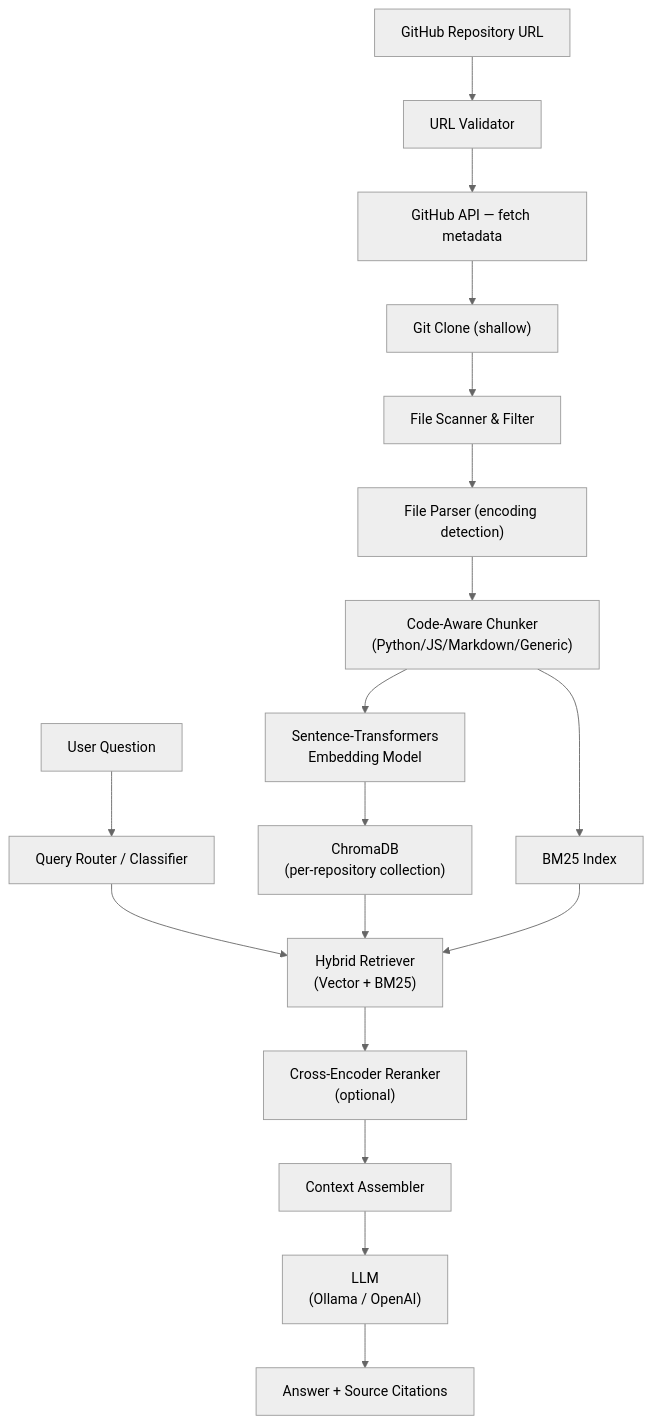
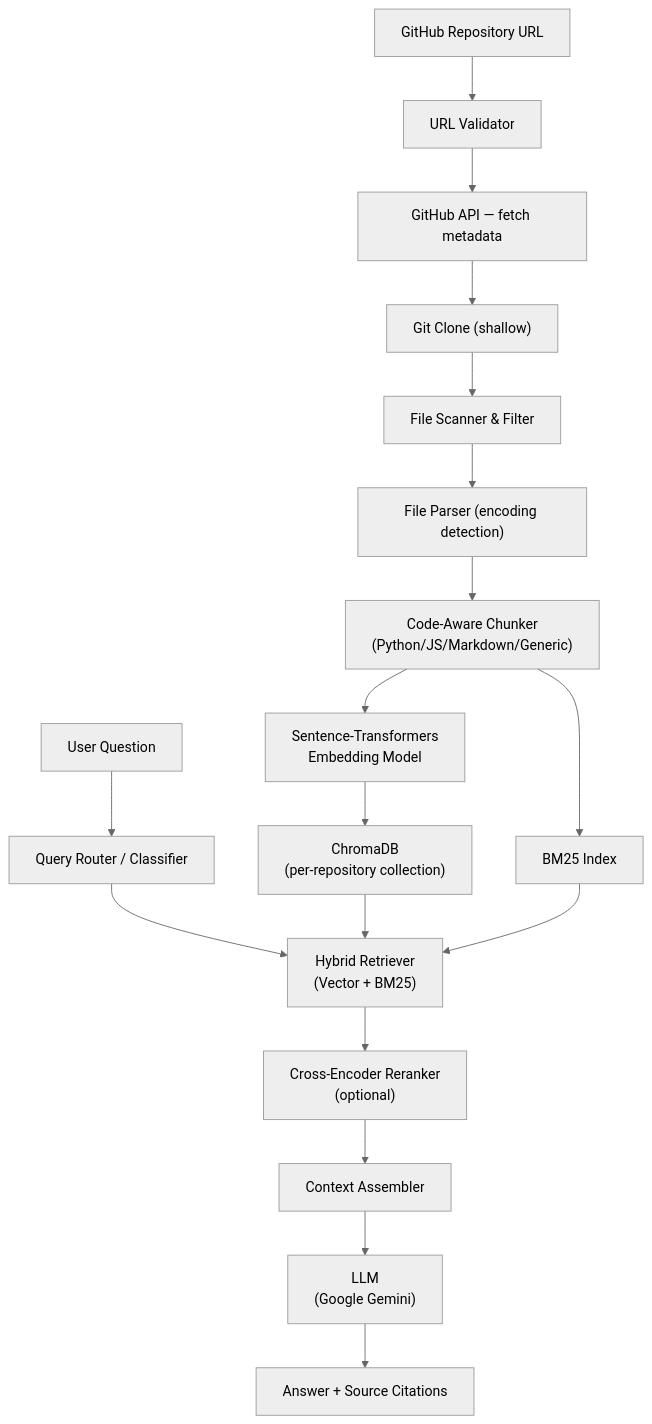
The diagram in README.md (Prabhjot2456/RepoRAG), drawn with Mermaid (neutral theme) before and after one commit. The commit also changed other lines of this file, not shown here.

Commit message:
Update README: Switch to Gemini and Chrome extension, remove Ollama and frontend docs

````diff
--- a/README.md
+++ b/README.md
@@ -12,21 +12,21 @@
 ```mermaid
 flowchart TD
     A["GitHub Repository URL"] --> B["URL Validator"]
     B --> C["GitHub API — fetch metadata"]
     C --> D["Git Clone (shallow)"]
     D --> E["File Scanner & Filter"]
     E --> F["File Parser (encoding detection)"]
     F --> G["Code-Aware Chunker\n(Python/JS/Markdown/Generic)"]
     G --> H["Sentence-Transformers\nEmbedding Model"]
     H --> I["ChromaDB\n(per-repository collection)"]
     G --> J["BM25 Index"]
 
     K["User Question"] --> L["Query Router / Classifier"]
     L --> M["Hybrid Retriever\n(Vector + BM25)"]
     I --> M
     J --> M
     M --> N["Cross-Encoder Reranker\n(optional)"]
     N --> O["Context Assembler"]
-    O --> P["LLM\n(Ollama / OpenAI)"]
+    O --> P["LLM\n(Google Gemini)"]
     P --> Q["Answer + Source Citations"]
 ```
````
